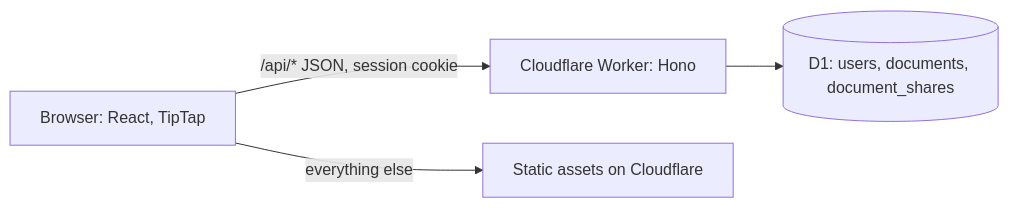
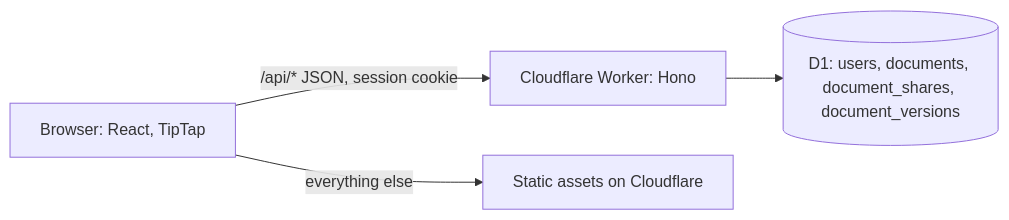
The diagram in ARCHITECTURE.md (jonathancostin/ajaia-docs), drawn with Mermaid before and after one commit. The commit also changed other lines of this file and 5 other files, not shown here.

Commit message:
Rewrite the welcome document as a guide; update README, architecture and AI workflow notes

````diff
--- a/ARCHITECTURE.md
+++ b/ARCHITECTURE.md
@@ -13,6 +15,6 @@
 ```mermaid
 flowchart LR
   B[Browser: React, TipTap] -- "/api/* JSON, session cookie" --> W[Cloudflare Worker: Hono]
   B -- "everything else" --> A[Static assets on Cloudflare]
-  W --> D[(D1: users, documents, document_shares)]
+  W --> D[(D1: users, documents, document_shares, document_versions)]
 ```
````
